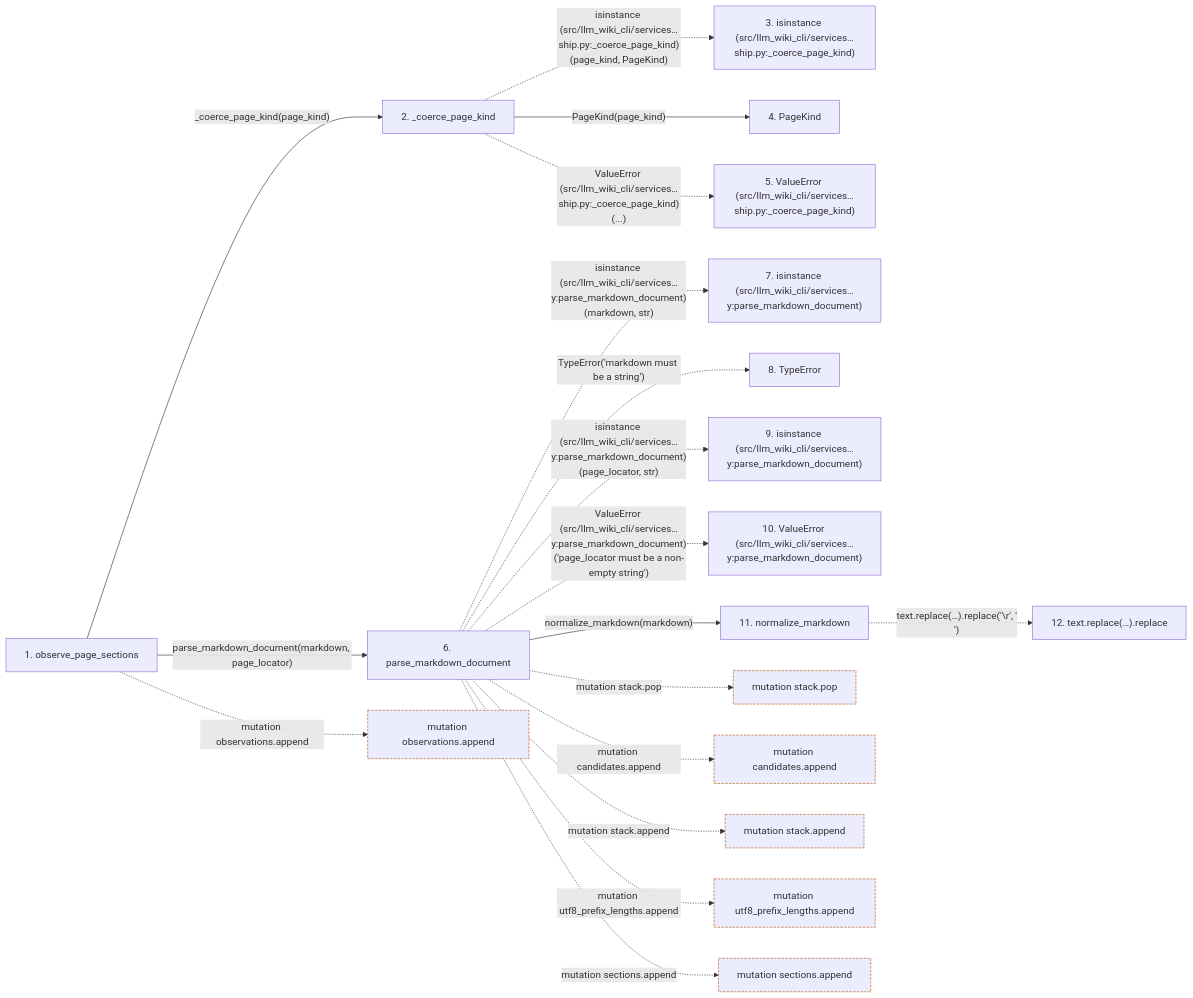
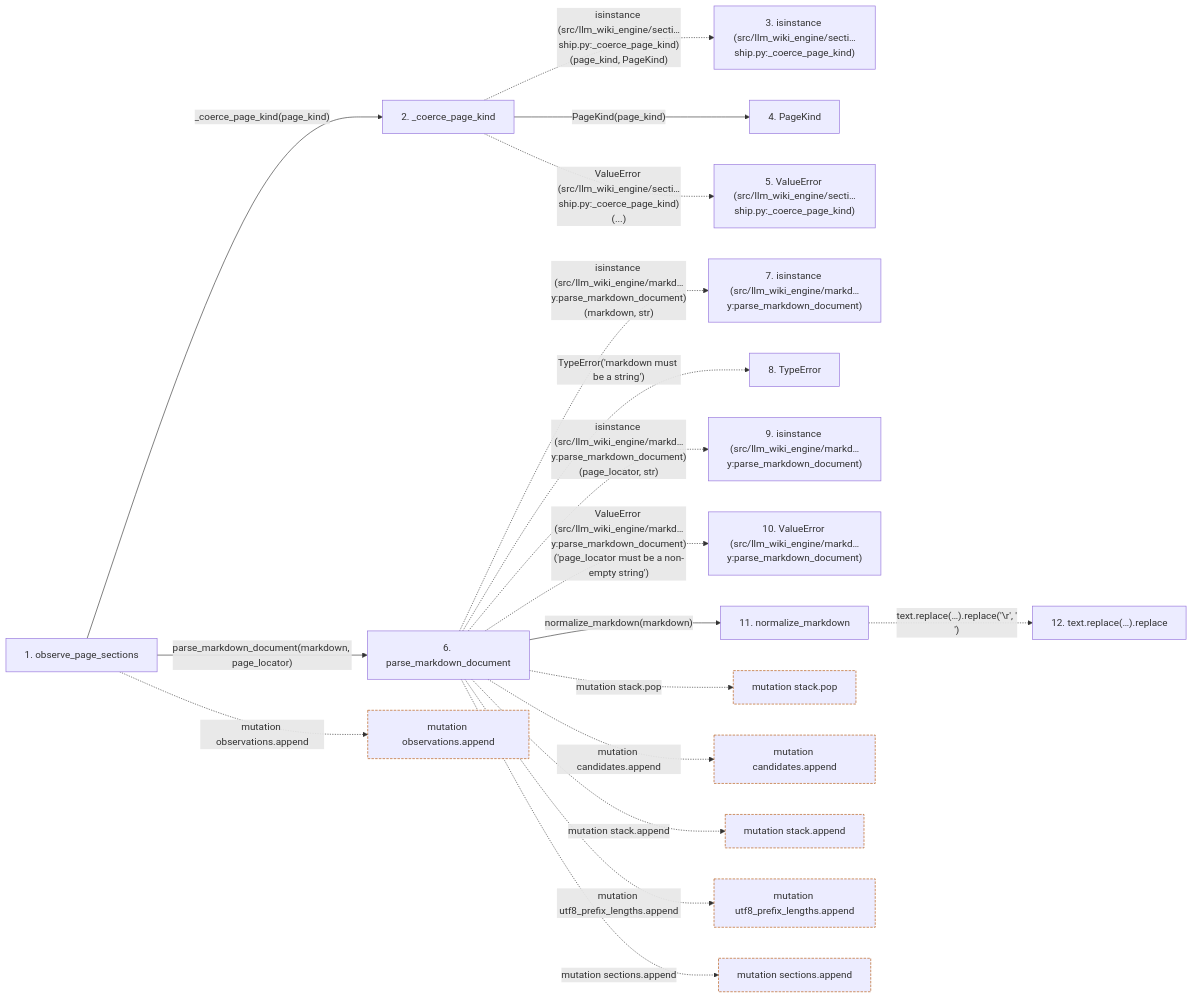
Before and after one commit to Denissvgn/python-wiki-llm: the second of 2 diagrams in docs/llm_wiki/flows/api-observe_page_sections.md, drawn with Mermaid. The commit also changed other lines of this file and 1103 other files, not shown here.

First line of the commit message:
docs: refresh the wiki for the llm-wiki-engine distribution

````diff
--- a/docs/llm_wiki/flows/api-observe_page_sections.md
+++ b/docs/llm_wiki/flows/api-observe_page_sections.md
@@ -135,50 +135,50 @@
 ```mermaid
 flowchart LR
     s1["1. observe_page_sections"]
     s2["2. _coerce_page_kind"]
-    s3["3. isinstance (src/llm_wiki_cli/services…ship.py:_coerce_page_kind)"]
+    s3["3. isinstance (src/llm_wiki_engine/secti…ship.py:_coerce_page_kind)"]
     s4["4. PageKind"]
-    s5["5. ValueError (src/llm_wiki_cli/services…ship.py:_coerce_page_kind)"]
+    s5["5. ValueError (src/llm_wiki_engine/secti…ship.py:_coerce_page_kind)"]
     s6["6. parse_markdown_document"]
-    s7["7. isinstance (src/llm_wiki_cli/services…y:parse_markdown_document)"]
+    s7["7. isinstance (src/llm_wiki_engine/markd…y:parse_markdown_document)"]
     s8["8. TypeError"]
-    s9["9. isinstance (src/llm_wiki_cli/services…y:parse_markdown_document)"]
-    s10["10. ValueError (src/llm_wiki_cli/services…y:parse_markdown_document)"]
+    s9["9. isinstance (src/llm_wiki_engine/markd…y:parse_markdown_document)"]
+    s10["10. ValueError (src/llm_wiki_engine/markd…y:parse_markdown_document)"]
     s11["11. normalize_markdown"]
     s12["12. text.replace(…).replace"]
     s1 -->|"_coerce_page_kind(page_kind)"| s2
-    s2 -. "isinstance (src/llm_wiki_cli/services…ship.py:_coerce_page_kind)(page_kind, PageKind)" .-> s3
+    s2 -. "isinstance (src/llm_wiki_engine/secti…ship.py:_coerce_page_kind)(page_kind, PageKind)" .-> s3
     s2 -->|"PageKind(page_kind)"| s4
-    s2 -. "ValueError (src/llm_wiki_cli/services…ship.py:_coerce_page_kind)(...)" .-> s5
+    s2 -. "ValueError (src/llm_wiki_engine/secti…ship.py:_coerce_page_kind)(...)" .-> s5
     s1 -->|"parse_markdown_document(markdown, page_locator)"| s6
-    s6 -. "isinstance (src/llm_wiki_cli/services…y:parse_markdown_document)(markdown, str)" .-> s7
+    s6 -. "isinstance (src/llm_wiki_engine/markd…y:parse_markdown_document)(markdown, str)" .-> s7
     s6 -. "TypeError('markdown must be a string')" .-> s8
-    s6 -. "isinstance (src/llm_wiki_cli/services…y:parse_markdown_document)(page_locator, str)" .-> s9
-    s6 -. "ValueError (src/llm_wiki_cli/services…y:parse_markdown_document)('page_locator must be a non-empty string')" .-> s10
+    s6 -. "isinstance (src/llm_wiki_engine/markd…y:parse_markdown_document)(page_locator, str)" .-> s9
+    s6 -. "ValueError (src/llm_wiki_engine/markd…y:parse_markdown_document)('page_locator must be a non-empty string')" .-> s10
     s6 -->|"normalize_markdown(markdown)"| s11
     s11 -. "text.replace(…).replace('\r', '\n')" .-> s12
     b0["mutation observations.append"]
     s1 -. "mutation observations.append" .-> b0
     b1["mutation stack.pop"]
     s6 -. "mutation stack.pop" .-> b1
     b2["mutation candidates.append"]
     s6 -. "mutation candidates.append" .-> b2
     b3["mutation stack.append"]
     s6 -. "mutation stack.append" .-> b3
     b4["mutation utf8_prefix_lengths.append"]
     s6 -. "mutation utf8_prefix_lengths.append" .-> b4
     b5["mutation sections.append"]
     s6 -. "mutation sections.append" .-> b5
     click s1 "../modules/section_ownership.md"
     click s2 "../modules/section_ownership.md"
     click s4 "../modules/wiki_surface.md"
     click s6 "../modules/markdown_sections.md"
     click s11 "../modules/markdown_sections.md"
     classDef boundary stroke:#b45309,stroke-dasharray: 4 2
     class b0 boundary
     class b1 boundary
     class b2 boundary
     class b3 boundary
     class b4 boundary
     class b5 boundary
 ```
````
